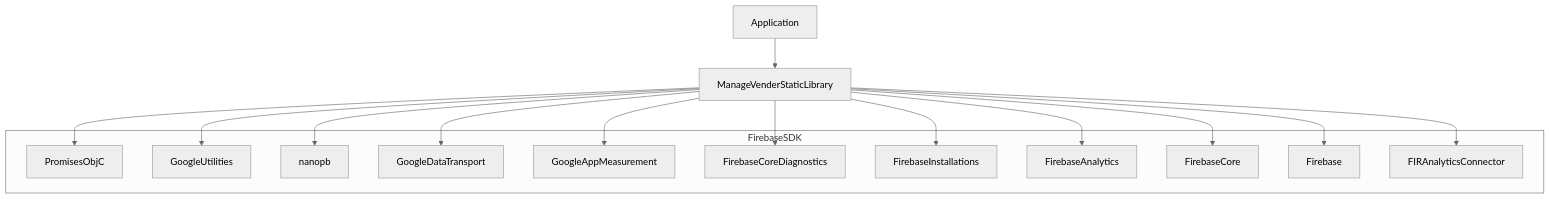
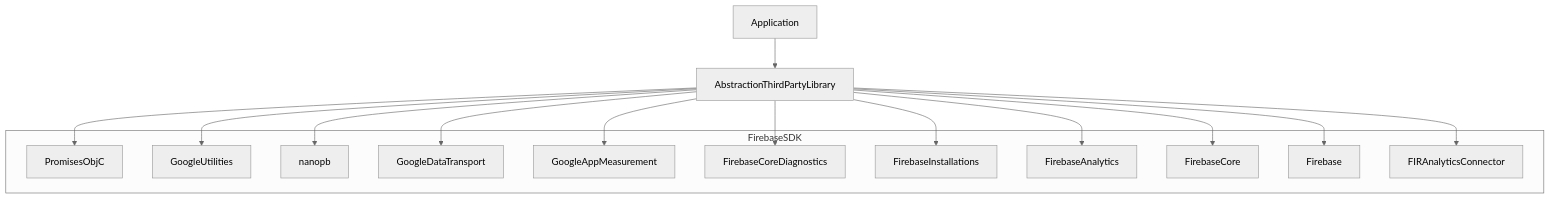
Before and after one commit to minsOne/minsOne.github.io: the first of 3 diagrams in _posts/2021/04/2021-04-16-managed-3rd-party-library-static-dynamic.md, drawn with Mermaid (neutral theme). The commit also changed other lines of this file, not shown here.

```diff
--- a/_posts/2021/04/2021-04-16-managed-3rd-party-library-static-dynamic.md
+++ b/_posts/2021/04/2021-04-16-managed-3rd-party-library-static-dynamic.md
@@ -60,28 +62,28 @@
 {% mermaid %}
 graph TD;
 	subgraph FirebaseSDK
 	PromisesObjC
 	GoogleUtilities
 	nanopb
 	GoogleDataTransport
 	GoogleAppMeasurement
 	FirebaseCoreDiagnostics
 	FirebaseInstallations
 	FirebaseAnalytics
 	FirebaseCore
 	Firebase
 	FIRAnalyticsConnector
 	end
-	Application-->ManageVenderStaticLibrary;
-    ManageVenderStaticLibrary-->PromisesObjC;
-    ManageVenderStaticLibrary-->GoogleUtilities;
-    ManageVenderStaticLibrary-->nanopb;
-    ManageVenderStaticLibrary-->GoogleDataTransport;
-    ManageVenderStaticLibrary-->GoogleAppMeasurement;
-    ManageVenderStaticLibrary-->FirebaseCoreDiagnostics;
-    ManageVenderStaticLibrary-->FirebaseInstallations;
-    ManageVenderStaticLibrary-->FirebaseAnalytics;
-    ManageVenderStaticLibrary-->FirebaseCore;
-    ManageVenderStaticLibrary-->Firebase;
-    ManageVenderStaticLibrary-->FIRAnalyticsConnector;
+	Application-->AbstractionThirdPartyLibrary;
+    AbstractionThirdPartyLibrary-->PromisesObjC;
+    AbstractionThirdPartyLibrary-->GoogleUtilities;
+    AbstractionThirdPartyLibrary-->nanopb;
+    AbstractionThirdPartyLibrary-->GoogleDataTransport;
+    AbstractionThirdPartyLibrary-->GoogleAppMeasurement;
+    AbstractionThirdPartyLibrary-->FirebaseCoreDiagnostics;
+    AbstractionThirdPartyLibrary-->FirebaseInstallations;
+    AbstractionThirdPartyLibrary-->FirebaseAnalytics;
+    AbstractionThirdPartyLibrary-->FirebaseCore;
+    AbstractionThirdPartyLibrary-->Firebase;
+    AbstractionThirdPartyLibrary-->FIRAnalyticsConnector;
 {% endmermaid %}
```
